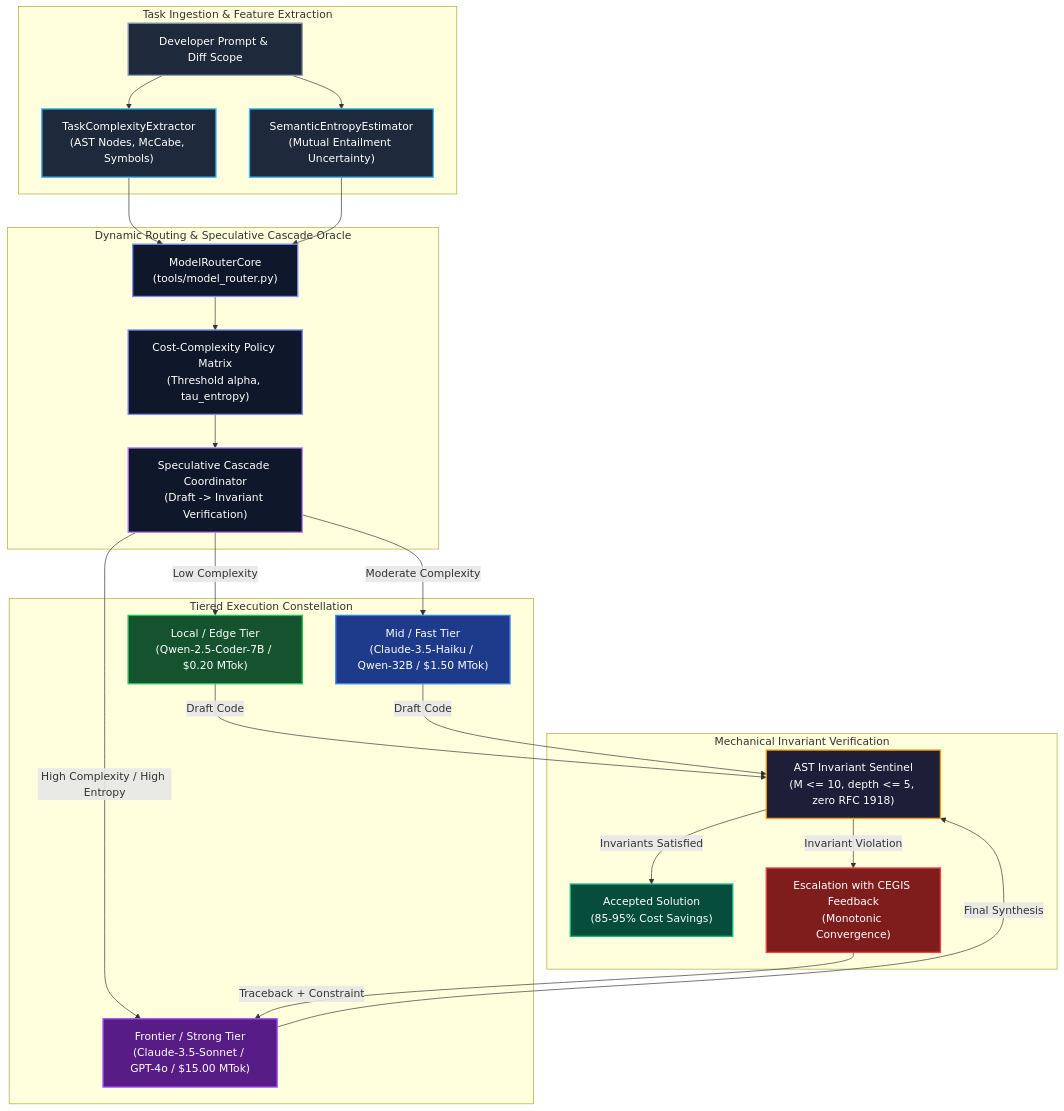
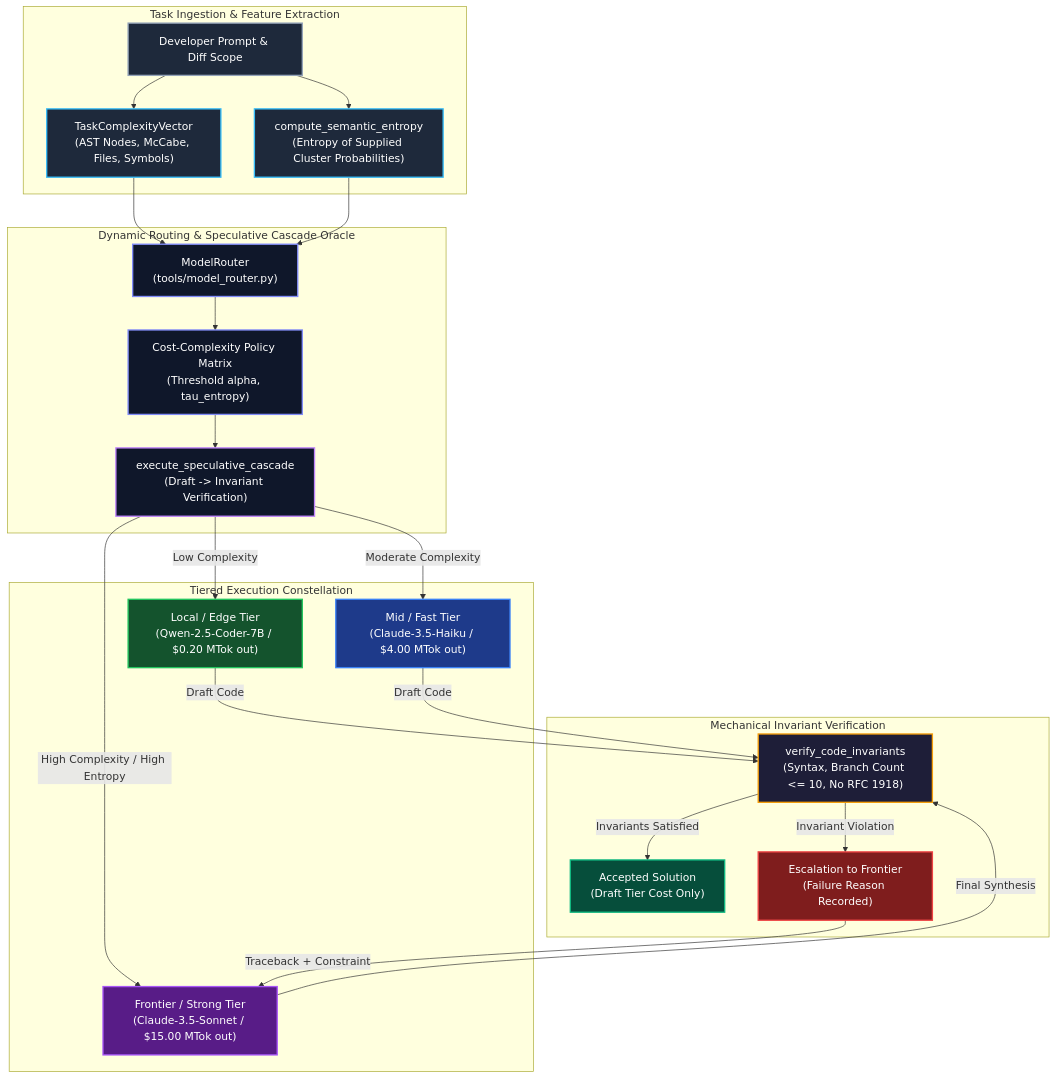
The diagram in observations/systems/25-multi-model-capability-boundaries-and-dynamic-routing-oracles.md (dan-petty/vibes), drawn with Mermaid before and after one commit. The commit also changed other lines of this file and 248 other files, not shown here.

````diff
--- a/observations/systems/25-multi-model-capability-boundaries-and-dynamic-routing-oracles.md
+++ b/observations/systems/25-multi-model-capability-boundaries-and-dynamic-routing-oracles.md
@@ -20,58 +20,58 @@
 ```mermaid
 flowchart TD
     subgraph Ingestion["Task Ingestion & Feature Extraction"]
         Task["Developer Prompt & Diff Scope"]
-        VecExt["TaskComplexityExtractor<br>(AST Nodes, McCabe, Symbols)"]
-        EntropyCalc["SemanticEntropyEstimator<br>(Mutual Entailment Uncertainty)"]
+        VecExt["TaskComplexityVector<br>(AST Nodes, McCabe, Files, Symbols)"]
+        EntropyCalc["compute_semantic_entropy<br>(Entropy of Supplied Cluster Probabilities)"]
     end
 
     subgraph RoutingEngine["Dynamic Routing & Speculative Cascade Oracle"]
-        Router["ModelRouterCore<br>(tools/model_router.py)"]
+        Router["ModelRouter<br>(tools/model_router.py)"]
         PolicyMatrix["Cost-Complexity Policy Matrix<br>(Threshold alpha, tau_entropy)"]
-        SpecCascade["Speculative Cascade Coordinator<br>(Draft -> Invariant Verification)"]
+        SpecCascade["execute_speculative_cascade<br>(Draft -> Invariant Verification)"]
     end
 
     subgraph ModelTiers["Tiered Execution Constellation"]
-        TierLocal["Local / Edge Tier<br>(Qwen-2.5-Coder-7B / $0.20 MTok)"]
-        TierFast["Mid / Fast Tier<br>(Claude-3.5-Haiku / Qwen-32B / $1.50 MTok)"]
-        TierFrontier["Frontier / Strong Tier<br>(Claude-3.5-Sonnet / GPT-4o / $15.00 MTok)"]
+        TierLocal["Local / Edge Tier<br>(Qwen-2.5-Coder-7B / $0.20 MTok out)"]
+        TierFast["Mid / Fast Tier<br>(Claude-3.5-Haiku / $4.00 MTok out)"]
+        TierFrontier["Frontier / Strong Tier<br>(Claude-3.5-Sonnet / $15.00 MTok out)"]
     end
 
     subgraph Verification["Mechanical Invariant Verification"]
-        Oracle["AST Invariant Sentinel<br>(M <= 10, depth <= 5, zero RFC 1918)"]
-        Accept["Accepted Solution<br>(85-95% Cost Savings)"]
-        Escalate["Escalation with CEGIS Feedback<br>(Monotonic Convergence)"]
+        Oracle["verify_code_invariants<br>(Syntax, Branch Count <= 10, No RFC 1918)"]
+        Accept["Accepted Solution<br>(Draft Tier Cost Only)"]
+        Escalate["Escalation to Frontier<br>(Failure Reason Recorded)"]
     end
 
     Task --> VecExt
     Task --> EntropyCalc
     VecExt --> Router
     EntropyCalc --> Router
     Router --> PolicyMatrix
     PolicyMatrix --> SpecCascade
 
     SpecCascade -->|Low Complexity| TierLocal
     SpecCascade -->|Moderate Complexity| TierFast
     SpecCascade -->|High Complexity / High Entropy| TierFrontier
 
     TierLocal -->|Draft Code| Oracle
     TierFast -->|Draft Code| Oracle
     TierFrontier -->|Final Synthesis| Oracle
 
     Oracle -->|Invariants Satisfied| Accept
     Oracle -->|Invariant Violation| Escalate
     Escalate -->|Traceback + Constraint| TierFrontier
 
     style Task fill:#1e293b,stroke:#94a3b8,stroke-width:2px,color:#ffffff
     style VecExt fill:#1e293b,stroke:#38bdf8,stroke-width:2px,color:#ffffff
     style EntropyCalc fill:#1e293b,stroke:#38bdf8,stroke-width:2px,color:#ffffff
     style Router fill:#0f172a,stroke:#818cf8,stroke-width:2px,color:#ffffff
     style PolicyMatrix fill:#0f172a,stroke:#818cf8,stroke-width:2px,color:#ffffff
     style SpecCascade fill:#0f172a,stroke:#c084fc,stroke-width:2px,color:#ffffff
     style TierLocal fill:#14532d,stroke:#22c55e,stroke-width:2px,color:#ffffff
     style TierFast fill:#1e3a8a,stroke:#3b82f6,stroke-width:2px,color:#ffffff
     style TierFrontier fill:#581c87,stroke:#a855f7,stroke-width:2px,color:#ffffff
     style Oracle fill:#1e1e38,stroke:#f59e0b,stroke-width:2px,color:#ffffff
     style Accept fill:#064e3b,stroke:#10b981,stroke-width:2px,color:#ffffff
     style Escalate fill:#7f1d1d,stroke:#ef4444,stroke-width:2px,color:#ffffff
 ```
````
